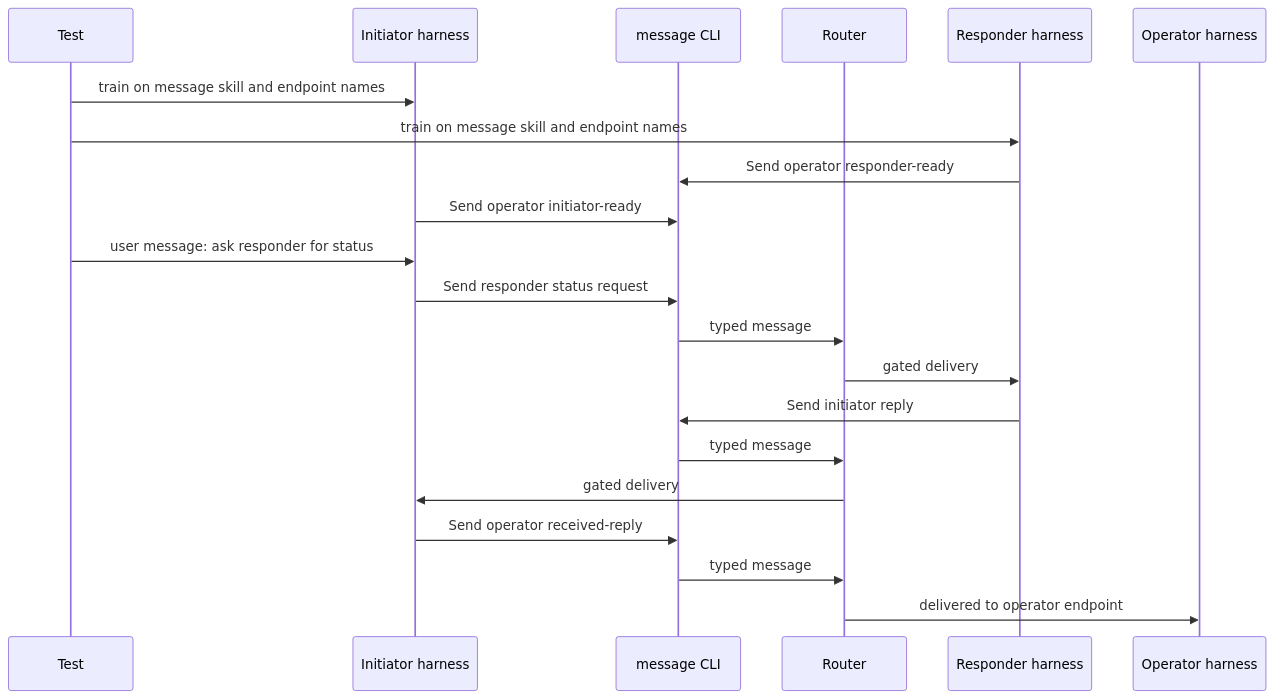
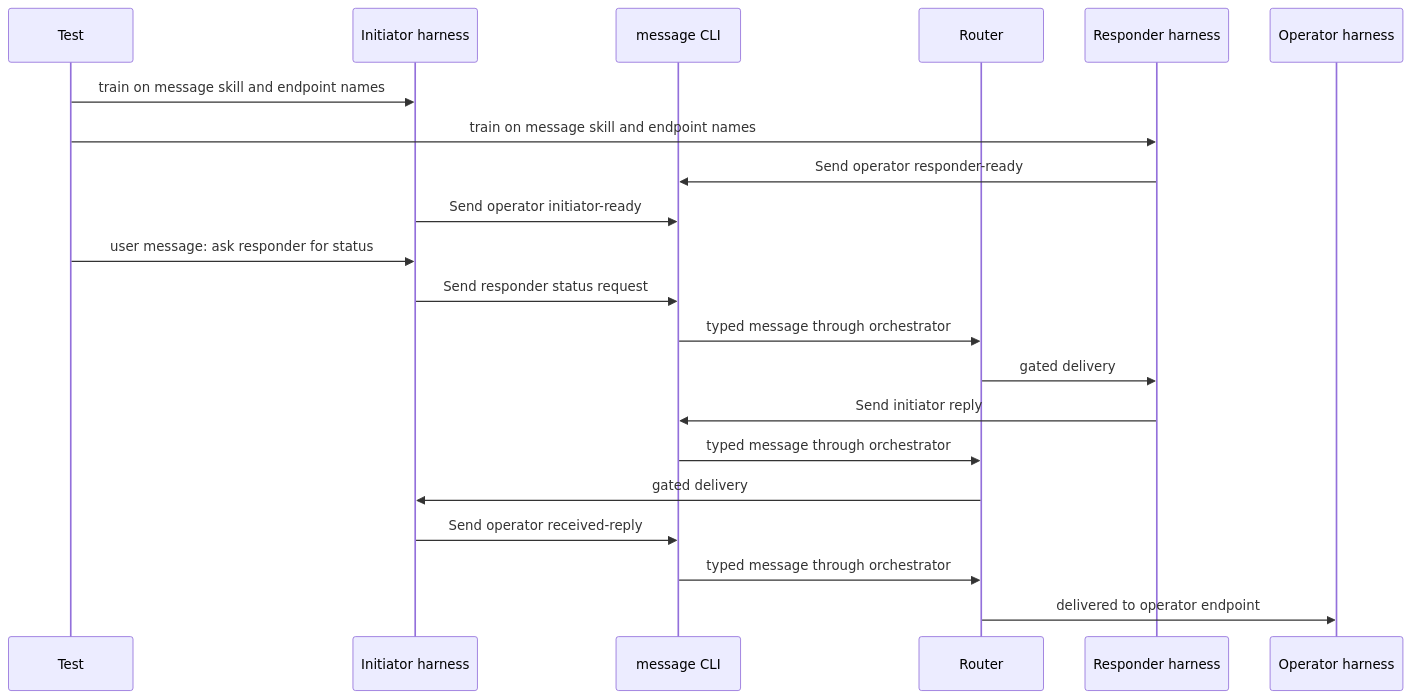
One commit to LiGoldragon/primary changed diagram 14 of 16 in reports/operator/9-persona-message-router-architecture.md. Above: the diagram before and after it, drawn with Mermaid. The commit also changed other lines of this file, not shown here.

Commit message:
revise Persona database ownership architecture

````diff
--- a/reports/operator/9-persona-message-router-architecture.md
+++ b/reports/operator/9-persona-message-router-architecture.md
@@ -408,24 +463,24 @@
 ```mermaid
 sequenceDiagram
     participant T as Test
     participant A as Initiator harness
     participant M as message CLI
     participant R as Router
     participant B as Responder harness
     participant O as Operator harness
 
     T->>A: train on message skill and endpoint names
     T->>B: train on message skill and endpoint names
     B->>M: Send operator responder-ready
     A->>M: Send operator initiator-ready
     T->>A: user message: ask responder for status
     A->>M: Send responder status request
-    M->>R: typed message
+    M->>R: typed message through orchestrator
     R->>B: gated delivery
     B->>M: Send initiator reply
-    M->>R: typed message
+    M->>R: typed message through orchestrator
     R->>A: gated delivery
     A->>M: Send operator received-reply
-    M->>R: typed message
+    M->>R: typed message through orchestrator
     R->>O: delivered to operator endpoint
 ```
````
